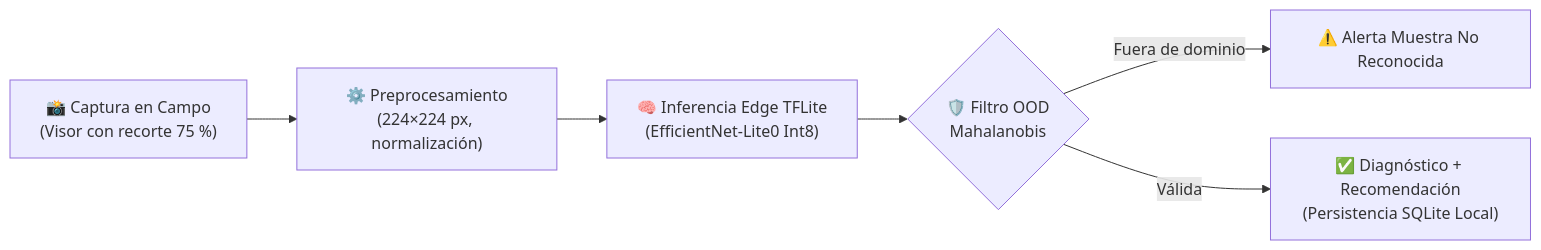
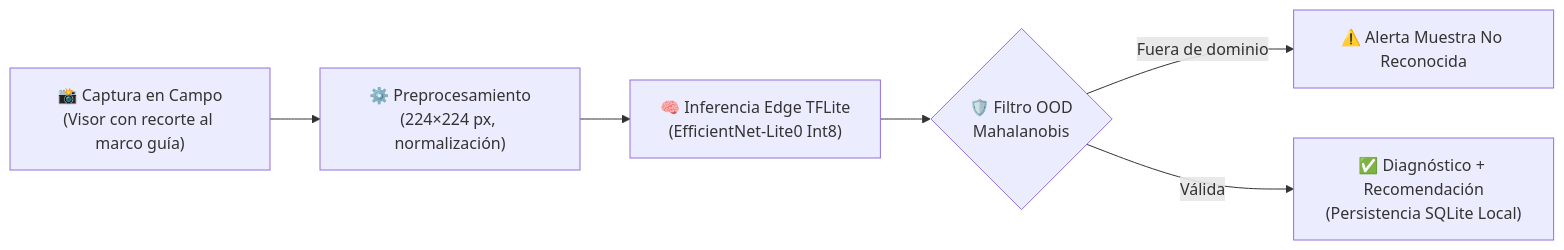
Before and after one commit to daiv05/maize-doctor-classifier: the diagram in docs/es/index.md, drawn with Mermaid. The commit also changed other lines of this file and 80 other files, not shown here.

````diff
--- a/docs/es/index.md
+++ b/docs/es/index.md
@@ -135,8 +135,8 @@
 ```mermaid
 flowchart LR
-    A["📸 Captura en Campo<br>(Visor con recorte 75 %)"] --> B["⚙️ Preprocesamiento<br>(224×224 px, normalización)"]
+    A["📸 Captura en Campo<br>(Visor con recorte al marco guía)"] --> B["⚙️ Preprocesamiento<br>(224×224 px, normalización)"]
     B --> C["🧠 Inferencia Edge TFLite<br>(EfficientNet-Lite0 Int8)"]
     C --> D{"🛡️ Filtro OOD<br>Mahalanobis"}
     D -- "Fuera de dominio" --> E["⚠️ Alerta Muestra No Reconocida"]
     D -- "Válida" --> F["✅ Diagnóstico + Recomendación<br>(Persistencia SQLite Local)"]
 ```
````
